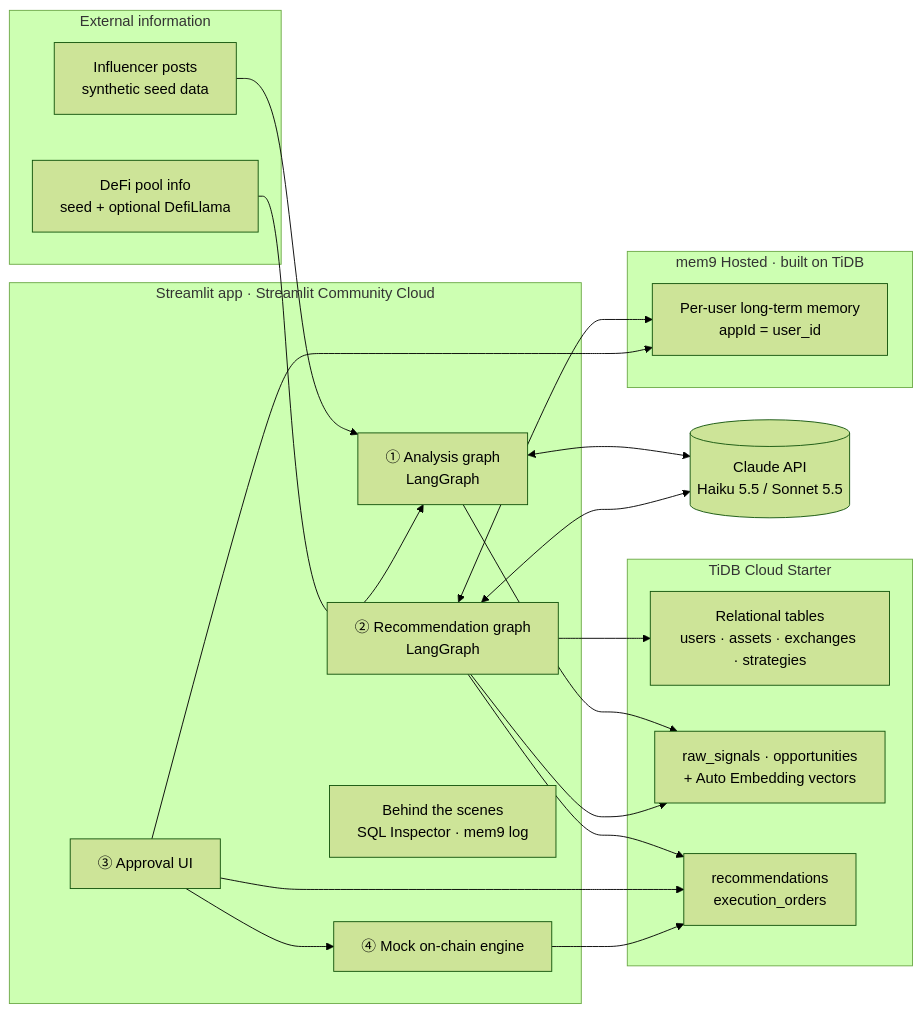
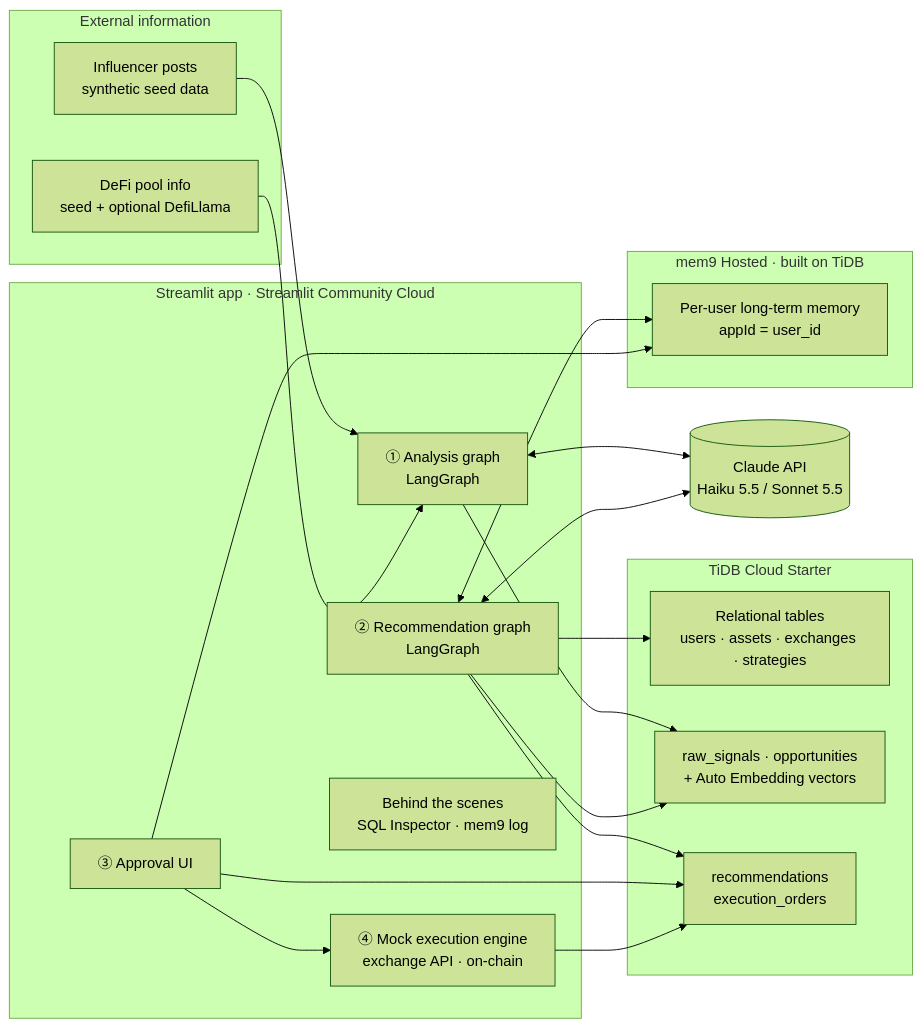
The first of 4 diagrams in docs/ARCHITECTURE.md (pdkajonpai-thai/tidb-mem9-demo), drawn with Mermaid (forest theme) before and after one commit. The commit also changed other lines of this file and 1 other file, not shown here.

First line of the commit message:
Fix stale and broken parts of ARCHITECTURE.md, translate CLAUDE.md

````diff
--- a/docs/ARCHITECTURE.md
+++ b/docs/ARCHITECTURE.md
@@ -193,41 +193,41 @@
 ```mermaid
 flowchart LR
   subgraph EXT[External information]
     S1[Influencer posts<br/>synthetic seed data]
     S2[DeFi pool info<br/>seed + optional DefiLlama]
   end
 
   subgraph APP[Streamlit app · Streamlit Community Cloud]
     A1[① Analysis graph<br/>LangGraph]
     A2[② Recommendation graph<br/>LangGraph]
     A3[③ Approval UI]
-    A4[④ Mock on-chain engine]
+    A4[④ Mock execution engine<br/>exchange API · on-chain]
     INS[Behind the scenes<br/>SQL Inspector · mem9 log]
   end
 
   LLM[(Claude API<br/>Haiku 5.5 / Sonnet 5.5)]
 
   subgraph TIDB[TiDB Cloud Starter]
     T1[Relational tables<br/>users · assets · exchanges · strategies]
     T2[raw_signals · opportunities<br/>+ Auto Embedding vectors]
     T3[recommendations<br/>execution_orders]
   end
 
   subgraph MEM9[mem9 Hosted · built on TiDB]
     M1[Per-user long-term memory<br/>appId = user_id]
   end
 
   S1 --> A1
   S2 --> A1
   A1 <--> LLM
   A1 --> T2
   A2 --> T1
   A2 --> T2
   A2 <--> M1
   A2 <--> LLM
   A2 --> T3
   A3 --> T3
   A3 --> M1
   A3 --> A4
   A4 --> T3
 ```
````
